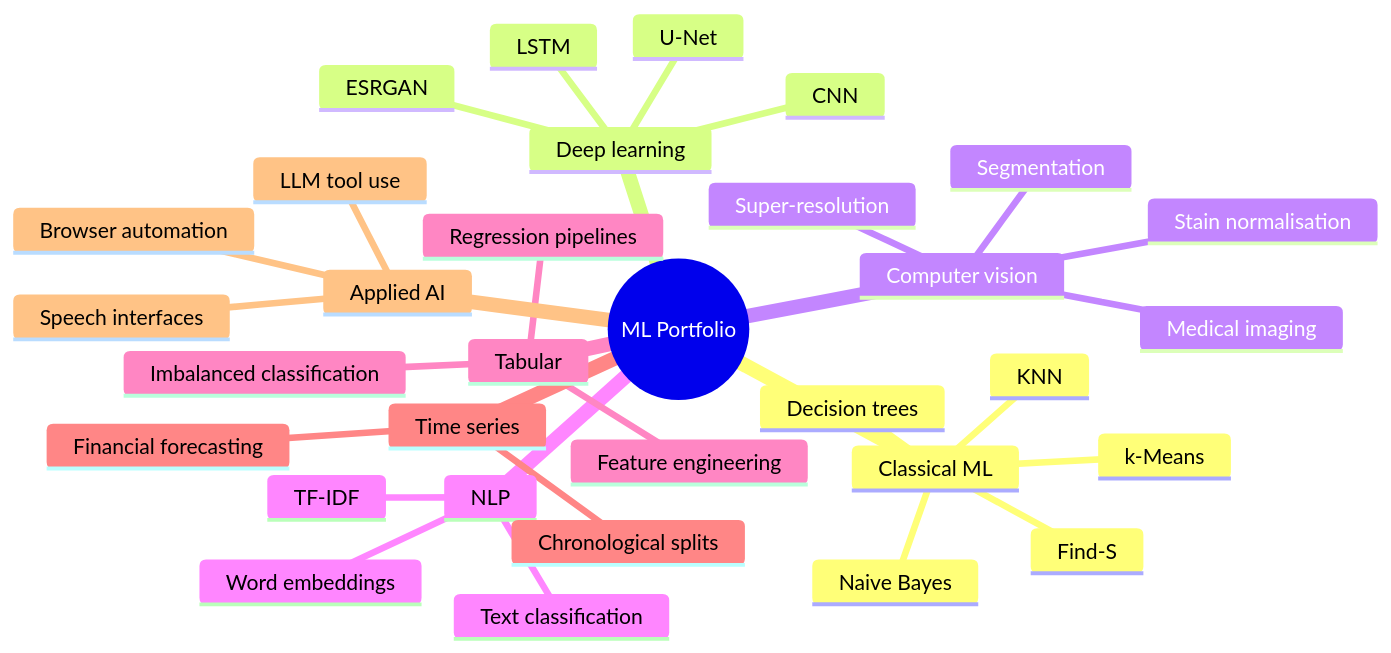
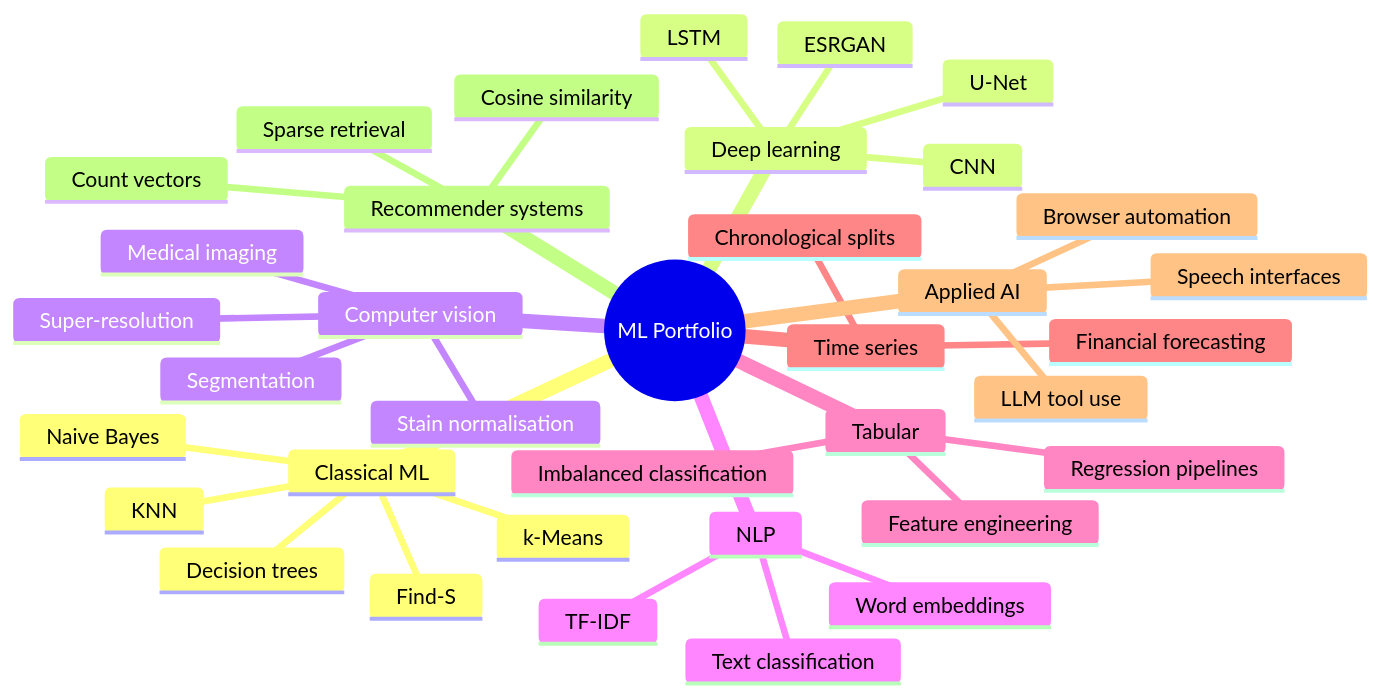
The second of 3 diagrams in README.md (CHAITANYA-2002/machine-learning-projects), drawn with Mermaid before and after one commit. The commit also changed other lines of this file and 13 other files, not shown here.

````diff
--- a/README.md
+++ b/README.md
@@ -60,35 +62,39 @@
 ```mermaid
 mindmap
   root((ML Portfolio))
     Classical ML
       Find-S
       Decision trees
       KNN
       Naive Bayes
       k-Means
     Deep learning
       LSTM
       CNN
       U-Net
       ESRGAN
     Computer vision
       Segmentation
       Super-resolution
       Medical imaging
       Stain normalisation
     NLP
       TF-IDF
       Word embeddings
       Text classification
     Tabular
       Regression pipelines
       Imbalanced classification
       Feature engineering
     Time series
       Chronological splits
       Financial forecasting
     Applied AI
       Speech interfaces
       LLM tool use
       Browser automation
+    Recommender systems
+      Count vectors
+      Cosine similarity
+      Sparse retrieval
 ```
````
